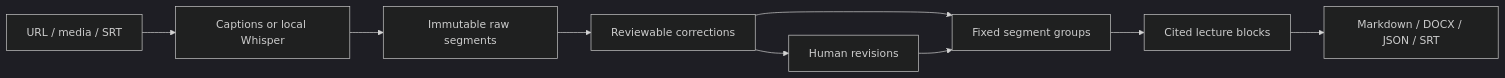
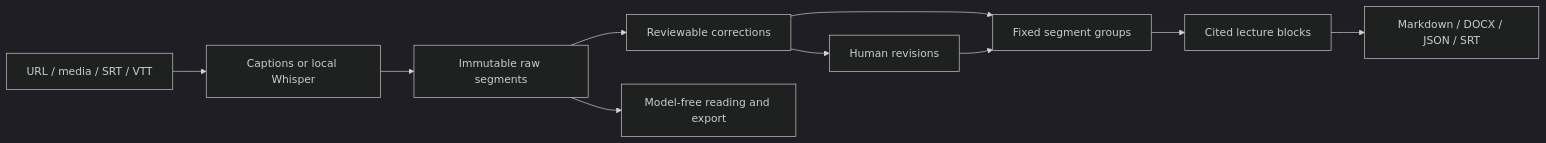
Before and after one commit to Jyz1jz1100-star/shuying: the diagram in docs/architecture.md, drawn with Mermaid (dark theme). The commit also changed other lines of this file and 29 other files, not shown here.

````diff
--- a/docs/architecture.md
+++ b/docs/architecture.md
@@ -5,11 +5,12 @@
 ```mermaid
 flowchart LR
-  A[URL / media / SRT] --> B[Captions or local Whisper]
+  A[URL / media / SRT / VTT] --> B[Captions or local Whisper]
   B --> C[Immutable raw segments]
   C --> D[Reviewable corrections]
+  C --> I[Model-free reading and export]
   D --> E[Fixed segment groups]
   E --> F[Cited lecture blocks]
   F --> G[Markdown / DOCX / JSON / SRT]
   D --> H[Human revisions]
   H --> E
 ```
````
